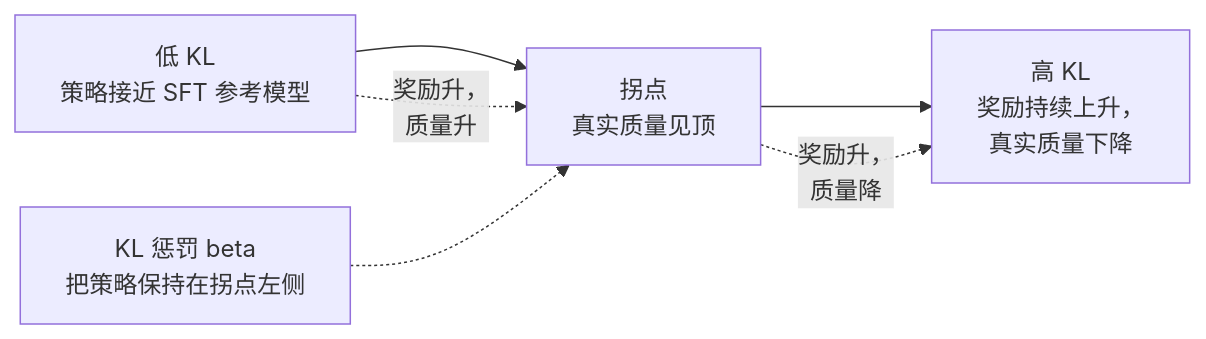
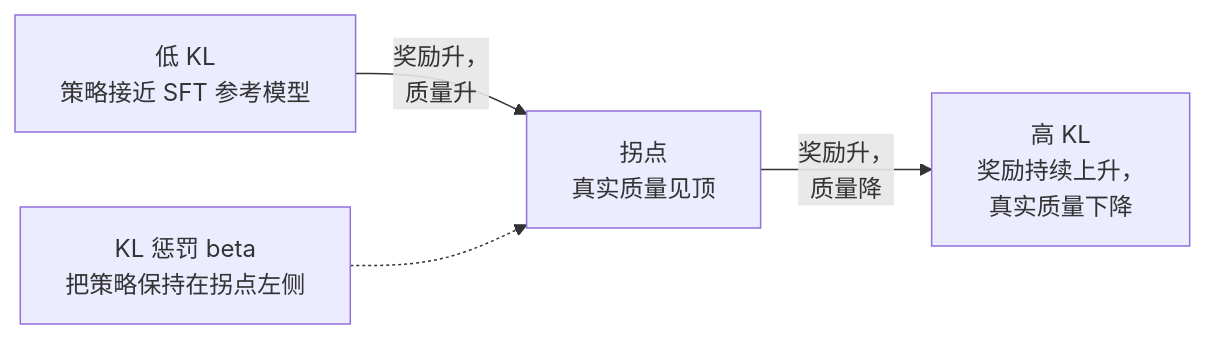
Before and after one commit to latere-ai/ai-as-an-infrastructure: the second of 2 diagrams in zh/p2-adaptation/10-rlhf-reward-modeling.qmd, drawn with Mermaid. The commit also changed 186 other files, not shown here.

First line of the commit message:
book: visual audit pass on all diagrams and figures

````diff
--- a/zh/p2-adaptation/10-rlhf-reward-modeling.qmd
+++ b/zh/p2-adaptation/10-rlhf-reward-modeling.qmd
@@ -151,10 +151,8 @@
 ```{mermaid}
 %%| label: fig-rlhf-overoptimization
 %%| fig-cap: "对习得奖励的过度优化。代理奖励随偏移单调上升，但真实质量在一个拐点处见顶，随后随着策略钻奖励模型的盲点而下降。仿 Gao 等（2022）。"
 flowchart LR
-  start["低 KL<br>策略接近 SFT 参考模型"] --> knee["拐点<br>真实质量见顶"]
-  knee --> over["高 KL<br>奖励持续上升，<br>真实质量下降"]
-  start -.->|"奖励升，<br>质量升"| knee
-  knee -.->|"奖励升，<br>质量降"| over
+  start["低 KL<br>策略接近 SFT 参考模型"] -->|"奖励升，<br>质量升"| knee["拐点<br>真实质量见顶"]
+  knee -->|"奖励升，<br>质量降"| over["高 KL<br>奖励持续上升，<br>真实质量下降"]
   leash["KL 惩罚 beta<br>把策略保持在拐点左侧"] -.-> knee
 ```
````
